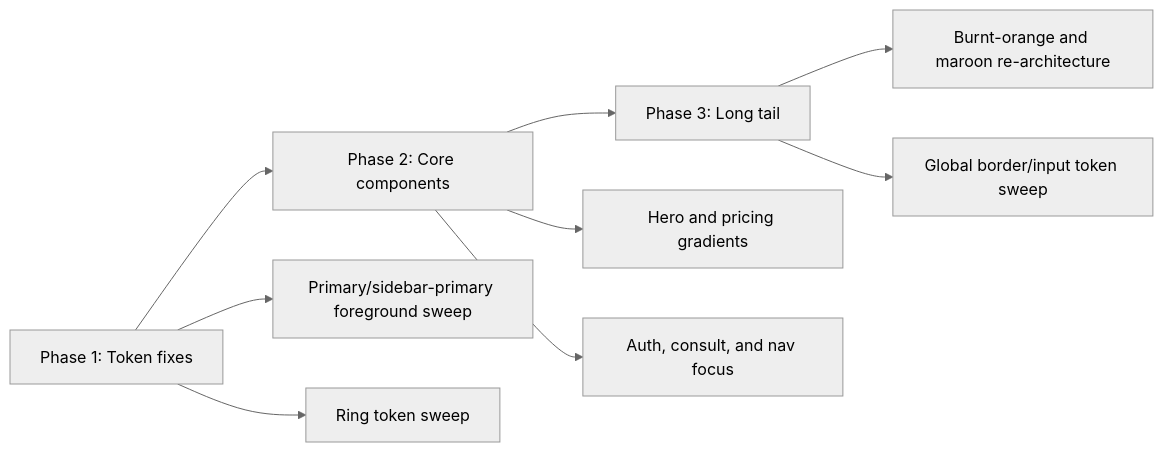
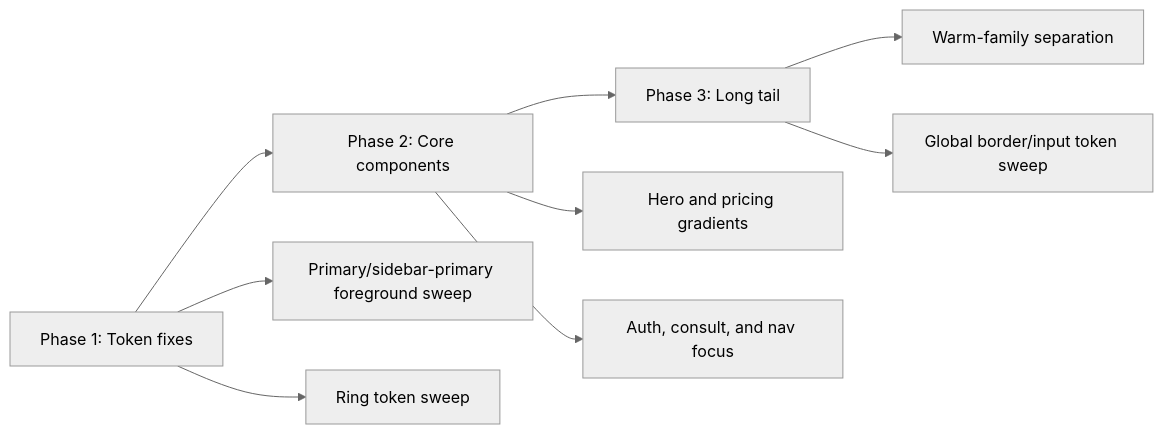
Before and after one commit to AusmitM/LinketWebsite: the second of 2 diagrams in docs/accessibility/color-contrast-audit.md, drawn with Mermaid (neutral theme). The commit also changed other lines of this file and 176 other files, not shown here.

````diff
--- a/docs/accessibility/color-contrast-audit.md
+++ b/docs/accessibility/color-contrast-audit.md
@@ -78,11 +78,11 @@
 ```mermaid
 flowchart LR
   A[Phase 1: Token fixes] --> B[Phase 2: Core components]
   B --> C[Phase 3: Long tail]
   A --> A1[Primary/sidebar-primary foreground sweep]
   A --> A2[Ring token sweep]
   B --> B1[Hero and pricing gradients]
   B --> B2[Auth, consult, and nav focus]
-  C --> C1[Burnt-orange and maroon re-architecture]
+  C --> C1[Warm-family separation]
   C --> C2[Global border/input token sweep]
 ```
````
